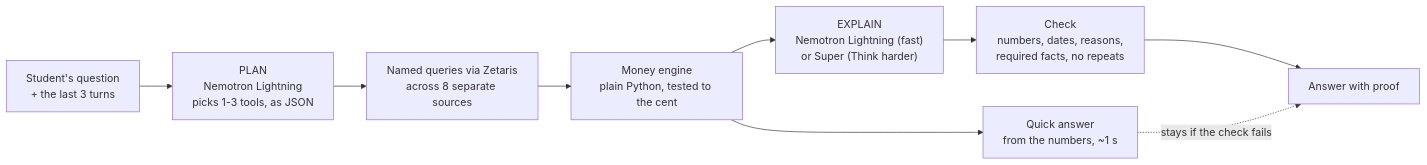
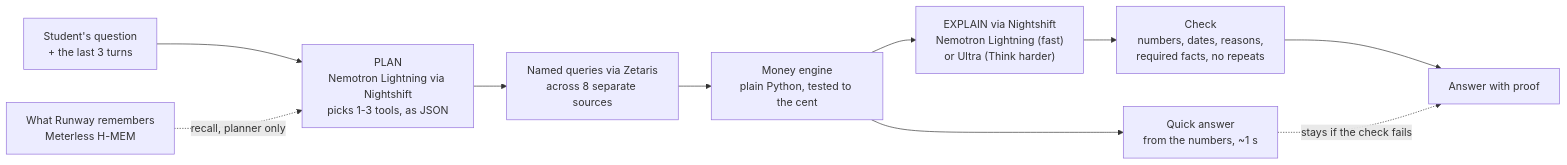
One commit to earg555890/Runway-GenAi-10.27 changed the diagram in README.md. Above: the diagram before and after it, drawn with Mermaid. The commit also changed other lines of this file and 11 other files, not shown here.

````diff
--- a/README.md
+++ b/README.md
@@ -102,11 +124,12 @@
 ```mermaid
 flowchart LR
-    Q["Student's question<br/>+ the last 3 turns"] --> P["PLAN<br/>Nemotron Lightning<br/>picks 1-3 tools, as JSON"]
+    Q["Student's question<br/>+ the last 3 turns"] --> P["PLAN<br/>Nemotron Lightning via Nightshift<br/>picks 1-3 tools, as JSON"]
+    M["What Runway remembers<br/>Meterless H-MEM"] -. "recall, planner only" .-> P
     P --> D["Named queries via Zetaris<br/>across 8 separate sources"]
     D --> E["Money engine<br/>plain Python, tested to the cent"]
     E --> K["Quick answer<br/>from the numbers, ~1 s"]
-    E --> X["EXPLAIN<br/>Nemotron Lightning (fast)<br/>or Super (Think harder)"]
+    E --> X["EXPLAIN via Nightshift<br/>Nemotron Lightning (fast)<br/>or Ultra (Think harder)"]
     X --> C["Check<br/>numbers, dates, reasons,<br/>required facts, no repeats"]
     C --> A[Answer with proof]
     K -. "stays if the check fails" .-> A
 ```
````
